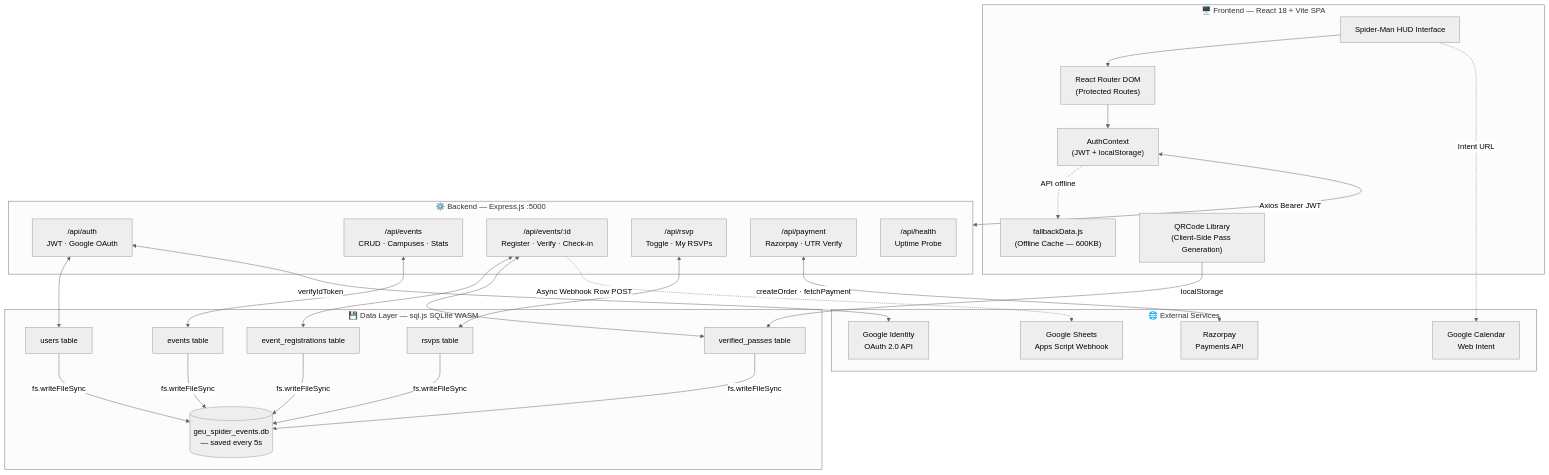
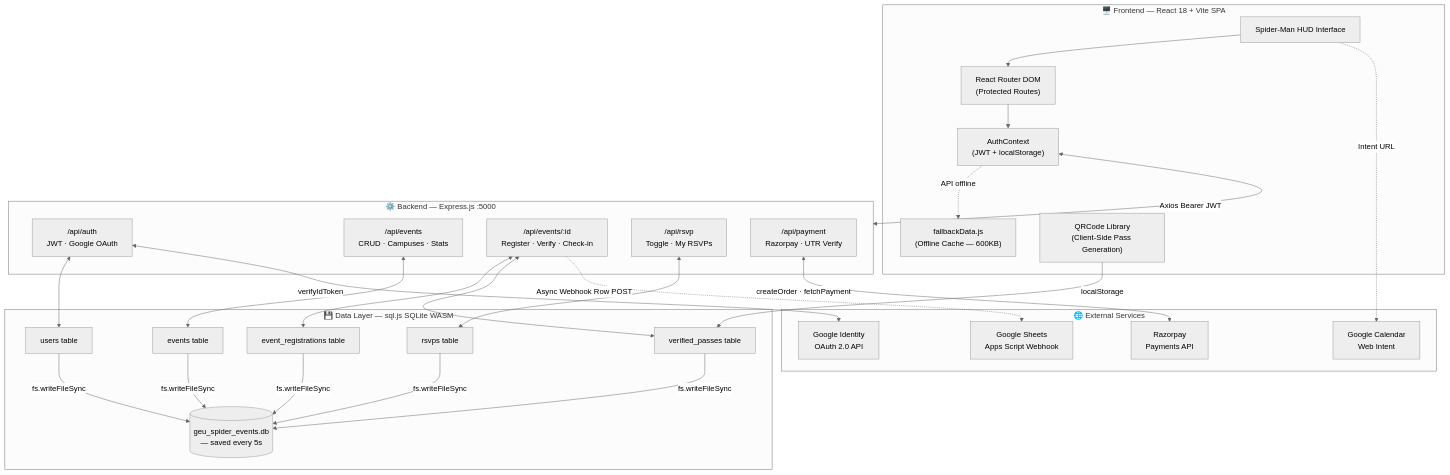
One commit to ujjwalchaudharyyy/SPIDEY changed the first of 2 diagrams in README.md. Above: the diagram before and after it, drawn with Mermaid (neutral theme). The commit also changed other lines of this file and 5 other files, not shown here.

````diff
--- a/README.md
+++ b/README.md
@@ -322,52 +432,51 @@
 ```mermaid
 flowchart TD
     subgraph Client["🖥️ Frontend — React 18 + Vite SPA"]
         UI["Spider-Man HUD Interface"]
         Router["React Router DOM\n(Protected Routes)"]
         Auth["AuthContext\n(JWT + localStorage)"]
         Fallback["fallbackData.js\n(Offline Cache — 600KB)"]
         QR["QRCode Library\n(Client-Side Pass Generation)"]
     end
 
     subgraph API["⚙️ Backend — Express.js :5000"]
         AuthRoute["/api/auth\nJWT · Google OAuth"]
         EventRoute["/api/events\nCRUD · Campuses · Stats"]
         RegRoute["/api/events/:id\nRegister · Verify · Check-in"]
         RsvpRoute["/api/rsvp\nToggle · My RSVPs"]
         PayRoute["/api/payment\nRazorpay · UTR Verify"]
-        Health["/api/health\nUptime Probe"]
     end
 
     subgraph DB["💾 Data Layer — sql.js SQLite WASM"]
         Users["users table"]
         Events["events table"]
         Rsvps["rsvps table"]
         Regs["event_registrations table"]
         Passes["verified_passes table"]
         Disk[("geu_spider_events.db\n— saved every 5s")]
     end
 
     subgraph External["🌐 External Services"]
         GoogleOAuth["Google Identity\nOAuth 2.0 API"]
         RazorpayAPI["Razorpay\nPayments API"]
         Sheets["Google Sheets\nApps Script Webhook"]
         GCal["Google Calendar\nWeb Intent"]
     end
 
     UI --> Router --> Auth
     Auth -.->|API offline| Fallback
     Auth <-->|Axios Bearer JWT| API
     QR -->|localStorage| Passes
 
     AuthRoute <--> Users
     EventRoute <--> Events
     RsvpRoute <--> Rsvps
     RegRoute <--> Regs
     RegRoute <--> Passes
     Users & Events & Rsvps & Regs & Passes -->|fs.writeFileSync| Disk
 
     AuthRoute <-->|verifyIdToken| GoogleOAuth
     PayRoute <-->|createOrder · fetchPayment| RazorpayAPI
     RegRoute -.->|Async Webhook Row POST| Sheets
     UI -.->|Intent URL| GCal
 ```
````
